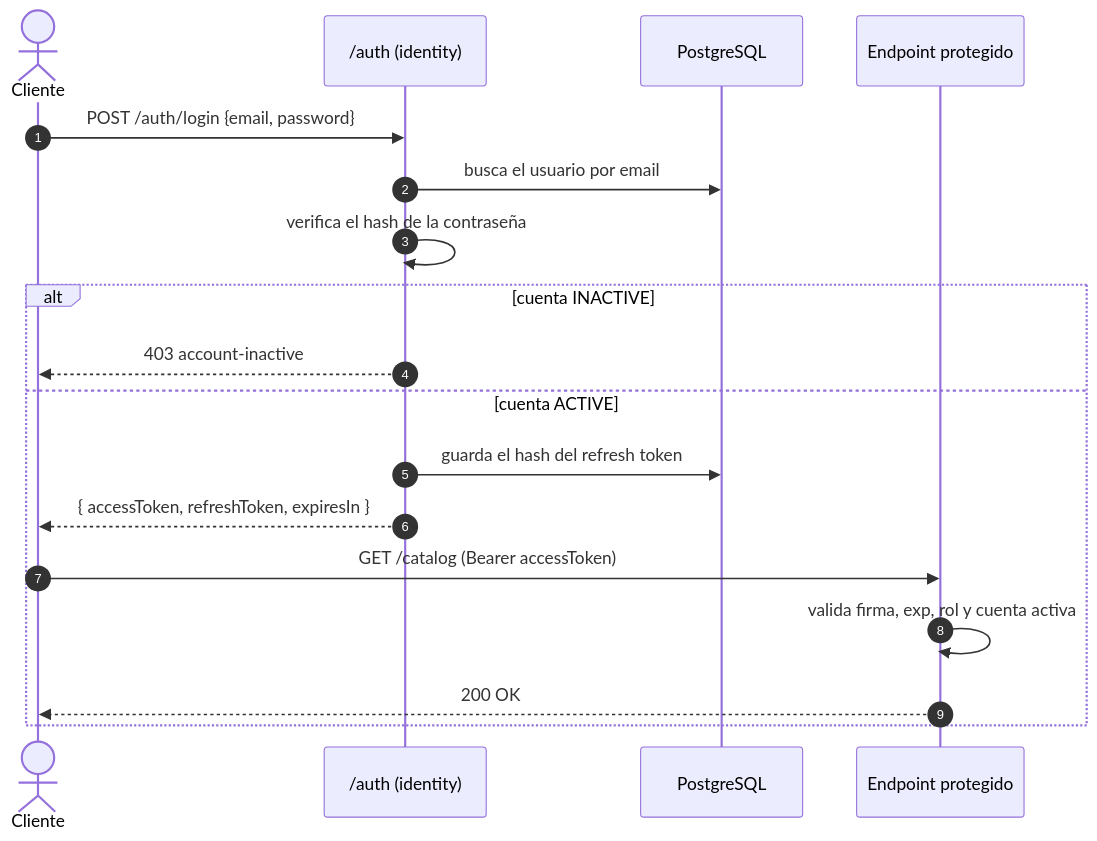
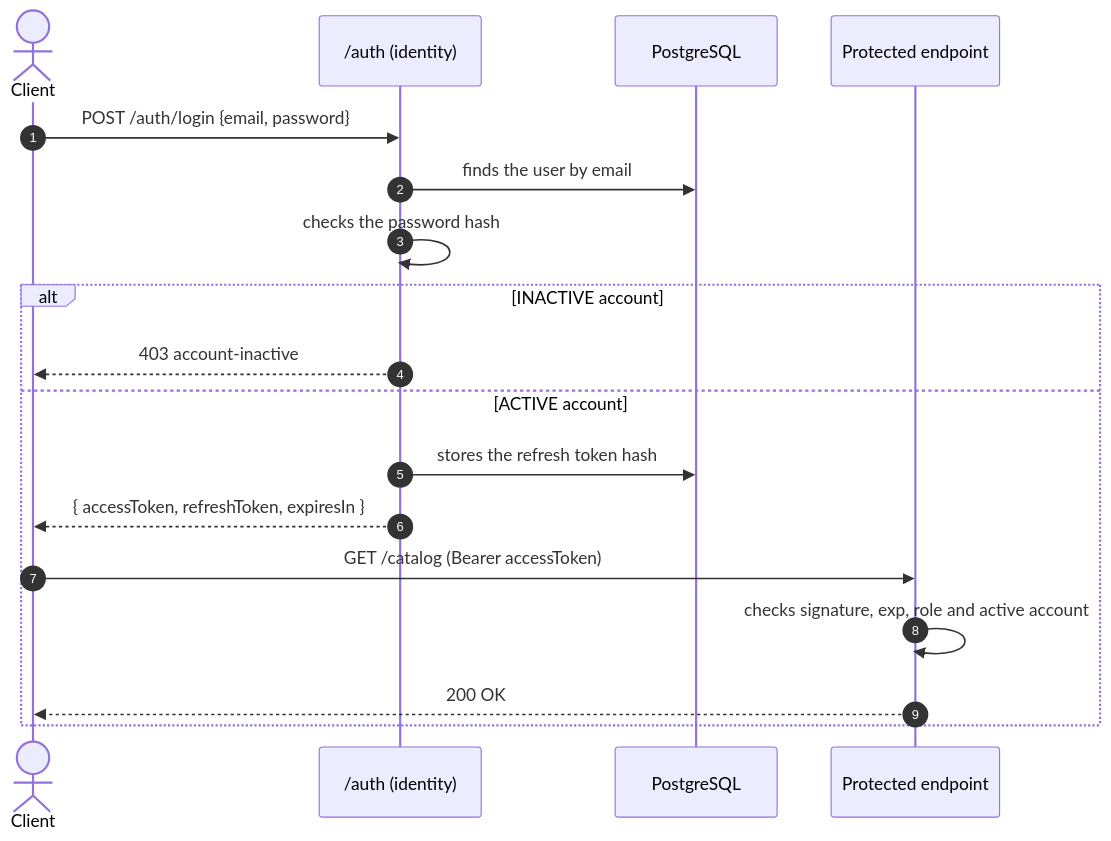
Before and after one commit to paulaciano/streamstories: the first of 2 diagrams in docs/05-security.md, drawn with Mermaid. The commit also changed other lines of this file and 26 other files, not shown here.

````diff
--- a/docs/05-security.md
+++ b/docs/05-security.md
@@ -20,21 +20,21 @@
 ```mermaid
 sequenceDiagram
     autonumber
-    actor C as Cliente
+    actor C as Client
     participant A as /auth (identity)
     participant DB as PostgreSQL
-    participant API as Endpoint protegido
+    participant API as Protected endpoint
 
     C->>A: POST /auth/login {email, password}
-    A->>DB: busca el usuario por email
-    A->>A: verifica el hash de la contraseña
-    alt cuenta INACTIVE
+    A->>DB: finds the user by email
+    A->>A: checks the password hash
+    alt INACTIVE account
         A-->>C: 403 account-inactive
-    else cuenta ACTIVE
-        A->>DB: guarda el hash del refresh token
+    else ACTIVE account
+        A->>DB: stores the refresh token hash
         A-->>C: { accessToken, refreshToken, expiresIn }
         C->>API: GET /catalog (Bearer accessToken)
-        API->>API: valida firma, exp, rol y cuenta activa
+        API->>API: checks signature, exp, role and active account
         API-->>C: 200 OK
     end
 ```
````
